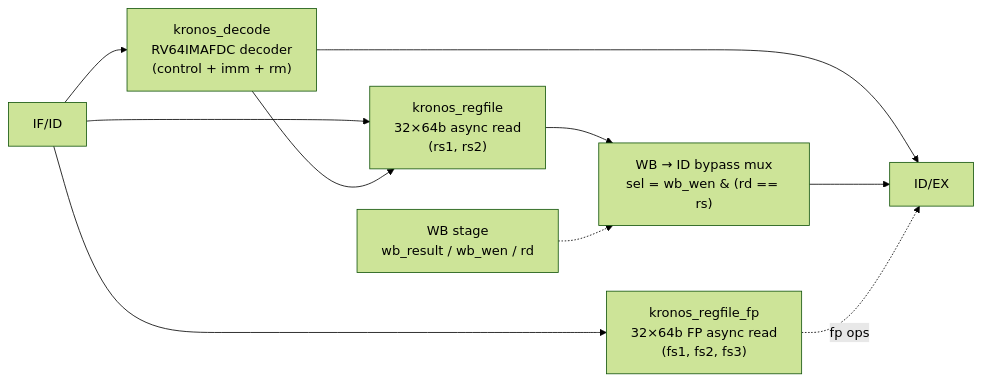
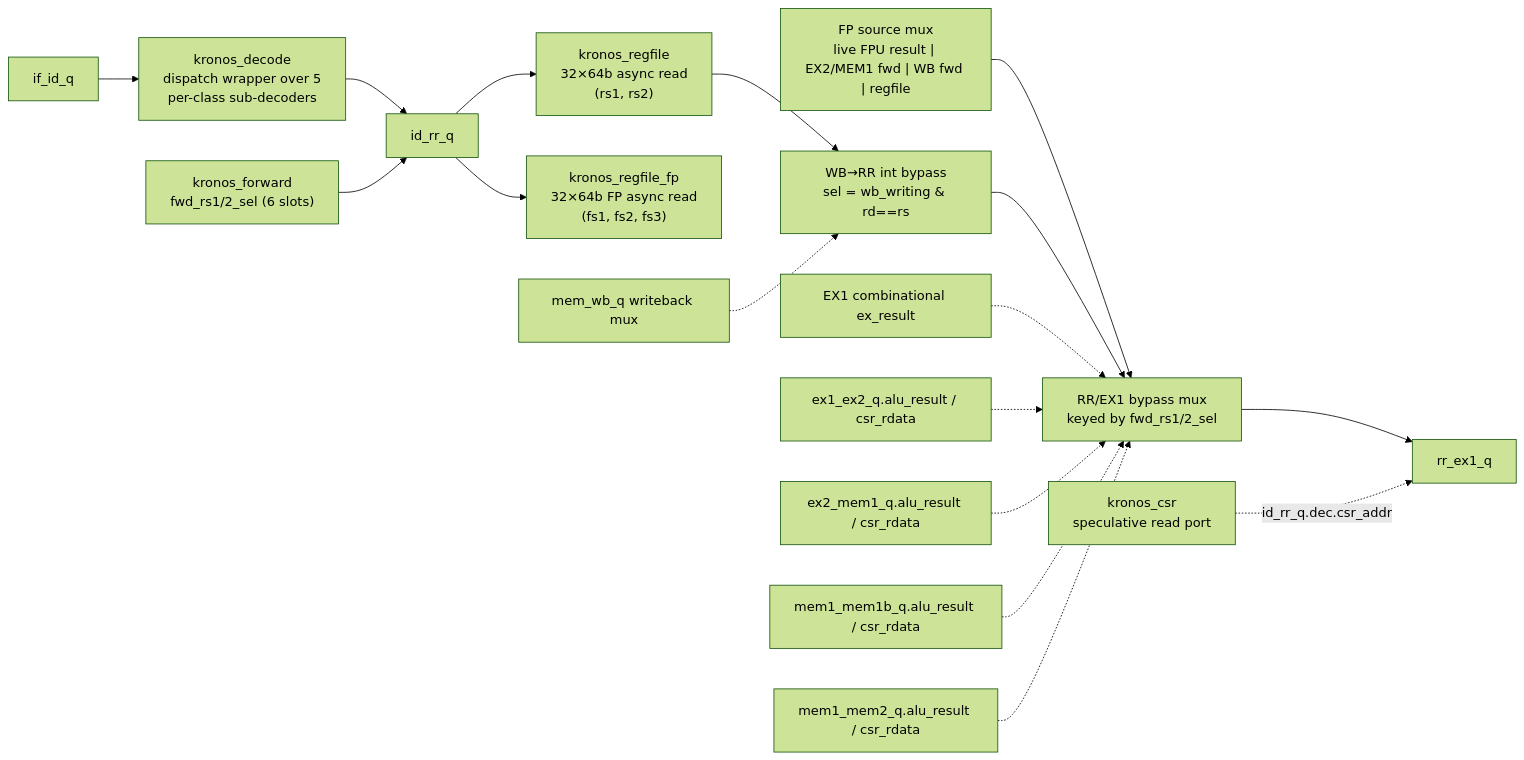
One commit to vladdum/kronos-riscv changed the third of 9 diagrams in docs/architecture.md. Above: the diagram before and after it, drawn with Mermaid (forest theme). The commit also changed other lines of this file, not shown here.

Commit message:
docs(architecture): frontend, pipeline, hazards, EX, FPU at stage 7e

````diff
--- a/docs/architecture.md
+++ b/docs/architecture.md
@@ -240,12 +208,20 @@
 ```mermaid
+%% depicts: stage7e
 flowchart LR
-    if_id[IF/ID] --> decode["kronos_decode<br>RV64IMAFDC decoder<br>(control + imm + rm)"]
-    if_id --> regfile["kronos_regfile<br>32×64b async read<br>(rs1, rs2)"]
-    if_id --> regfile_fp["kronos_regfile_fp<br>32×64b FP async read<br>(fs1, fs2, fs3)"]
-    decode --> regfile
-    decode --> id_ex[ID/EX]
-    regfile --> bypass["WB → ID bypass mux<br>sel = wb_wen & (rd == rs)"]
-    bypass --> id_ex
-    wb["WB stage<br>wb_result / wb_wen / rd"] -.-> bypass
-    regfile_fp -. fp ops .-> id_ex
+    if_id[if_id_q] --> decode["kronos_decode<br>dispatch wrapper over 5<br>per-class sub-decoders"]
+    decode --> id_rr[id_rr_q]
+    fwdsel["kronos_forward<br>fwd_rs1/2_sel (6 slots)"] --> id_rr
+    id_rr --> regfile["kronos_regfile<br>32×64b async read<br>(rs1, rs2)"]
+    id_rr --> regfile_fp["kronos_regfile_fp<br>32×64b FP async read<br>(fs1, fs2, fs3)"]
+    regfile --> intbyp["WB→RR int bypass<br>sel = wb_writing & rd==rs"]
+    wb["mem_wb_q writeback mux"] -.-> intbyp
+    fpmux["FP source mux<br>live FPU result | EX2/MEM1 fwd | WB fwd | regfile"] --> rrmux
+    intbyp --> rrmux["RR/EX1 bypass mux<br>keyed by fwd_rs1/2_sel"]
+    ex1now["EX1 combinational ex_result"] -.-> rrmux
+    ex1ex2["ex1_ex2_q.alu_result / csr_rdata"] -.-> rrmux
+    ex2mem1["ex2_mem1_q.alu_result / csr_rdata"] -.-> rrmux
+    mem1mem1b["mem1_mem1b_q.alu_result / csr_rdata"] -.-> rrmux
+    mem1mem2["mem1_mem2_q.alu_result / csr_rdata"] -.-> rrmux
+    rrmux --> rr_ex1[rr_ex1_q]
+    csr["kronos_csr<br>speculative read port"] -. "id_rr_q.dec.csr_addr" .-> rr_ex1
 ```
````
